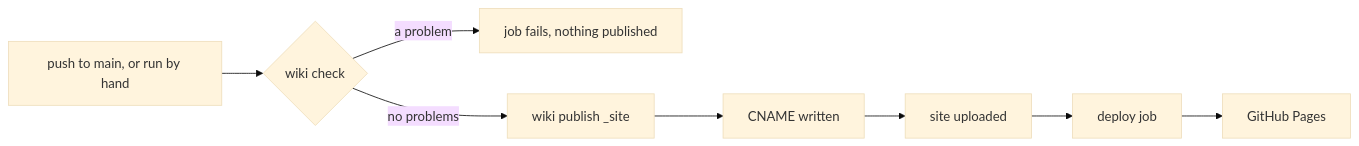
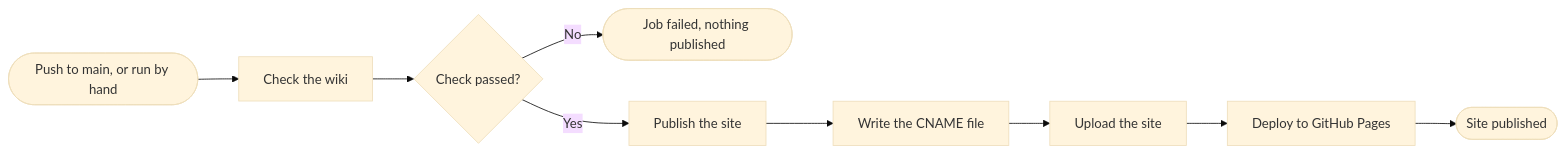
One commit to timothymarois/wiki-builder changed the diagram in docs/wiki/pages/deployment-github.md. Above: the diagram before and after it, drawn with Mermaid (base theme). The commit also changed 28 other files, not shown here.

First line of the commit message:
Flowcharts reference, redrawn diagrams, and no vague actors

````diff
--- a/docs/wiki/pages/deployment-github.md
+++ b/docs/wiki/pages/deployment-github.md
@@ -37,8 +37,9 @@
 ```mermaid
 flowchart LR
-  push["push to main, or run by hand"] --> check{"wiki check"}
-  check -- "a problem" --> stop["job fails, nothing published"]
-  check -- "no problems" --> publish["wiki publish _site"]
-  publish --> cname["CNAME written"] --> upload["site uploaded"]
-  upload --> deploy["deploy job"] --> pages["GitHub Pages"]
+  accTitle: Publishing the wiki to GitHub Pages
+  accDescr: A push to main, or a run started by hand, checks the wiki. A problem fails the job and nothing is published; otherwise the site is published, uploaded and deployed to GitHub Pages.
+  started(["Push to main, or run by hand"]) --> check["Check the wiki"] --> passed{"Check passed?"}
+  passed -- "No" --> failed(["Job failed, nothing published"])
+  passed -- "Yes" --> publish["Publish the site"] --> cname["Write the CNAME file"]
+  cname --> upload["Upload the site"] --> deploy["Deploy to GitHub Pages"] --> live(["Site published"])
 ```
````
